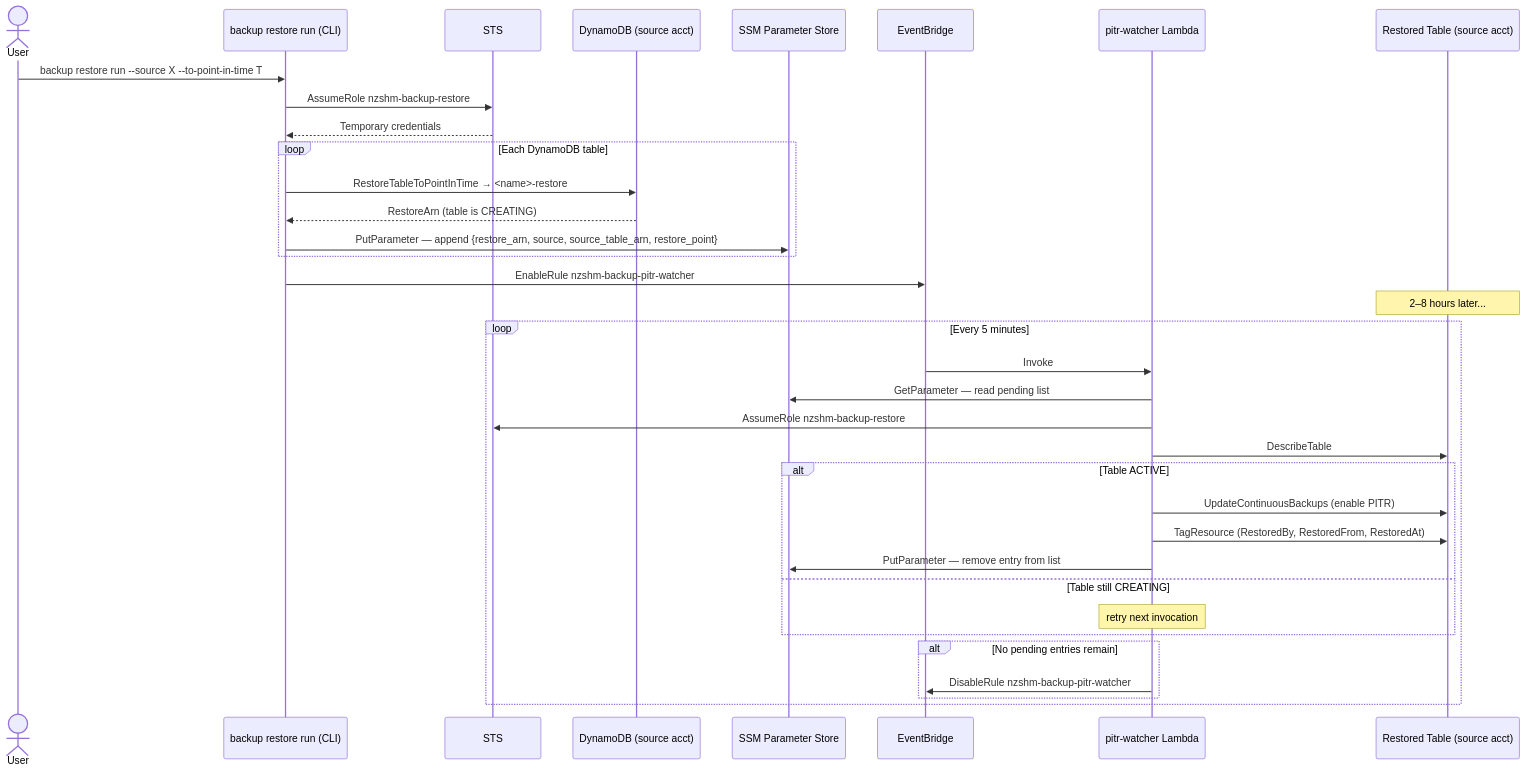
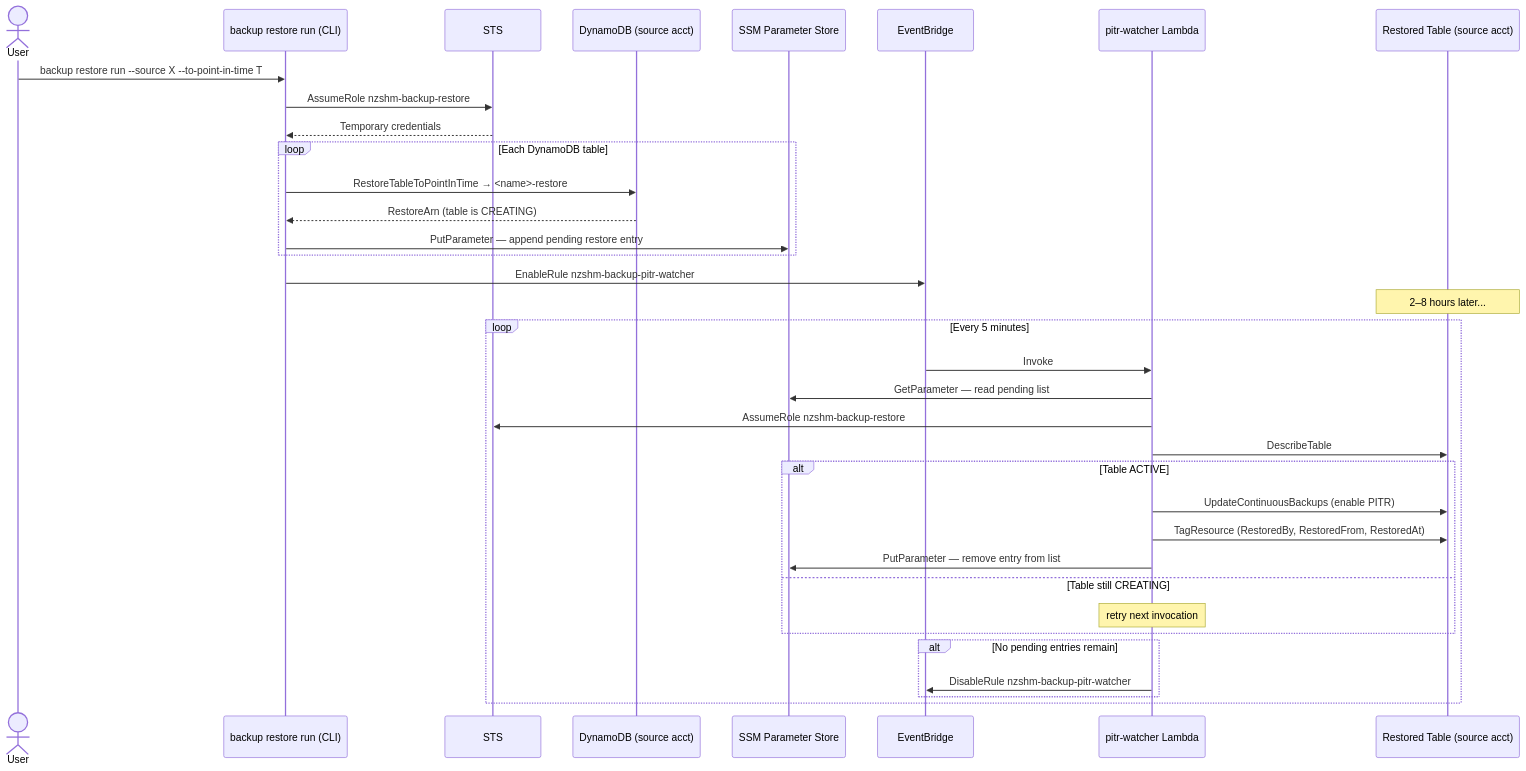
One commit to GNS-Science/aws-snapshot changed the fourth of 4 diagrams in docs/architecture/overview.md. Above: the diagram before and after it, drawn with Mermaid. The commit also changed other lines of this file and 15 other files, not shown here.

First line of the commit message:
docs: refactor docs site — mermaid, mkdocs-click, nav, dedup, stubs

````diff
--- a/docs/architecture/overview.md
+++ b/docs/architecture/overview.md
@@ -102,43 +138,43 @@
 ```mermaid
 sequenceDiagram
     actor User
     participant CLI as backup restore run (CLI)
     participant STS as STS
     participant DDB as DynamoDB (source acct)
     participant SSM as SSM Parameter Store
     participant EB as EventBridge
     participant PW as pitr-watcher Lambda
     participant DDB2 as Restored Table (source acct)
 
     User->>CLI: backup restore run --source X --to-point-in-time T
 
     CLI->>STS: AssumeRole nzshm-backup-restore
     STS-->>CLI: Temporary credentials
 
     loop Each DynamoDB table
         CLI->>DDB: RestoreTableToPointInTime → <name>-restore
         DDB-->>CLI: RestoreArn (table is CREATING)
-        CLI->>SSM: PutParameter — append {restore_arn, source, source_table_arn, restore_point}
+        CLI->>SSM: PutParameter — append pending restore entry
     end
 
     CLI->>EB: EnableRule nzshm-backup-pitr-watcher
 
     Note over DDB2: 2–8 hours later...
 
     loop Every 5 minutes
         EB->>PW: Invoke
         PW->>SSM: GetParameter — read pending list
         PW->>STS: AssumeRole nzshm-backup-restore
         PW->>DDB2: DescribeTable
         alt Table ACTIVE
             PW->>DDB2: UpdateContinuousBackups (enable PITR)
             PW->>DDB2: TagResource (RestoredBy, RestoredFrom, RestoredAt)
             PW->>SSM: PutParameter — remove entry from list
         else Table still CREATING
             Note over PW: retry next invocation
         end
         alt No pending entries remain
             PW->>EB: DisableRule nzshm-backup-pitr-watcher
         end
     end
 ```
````
